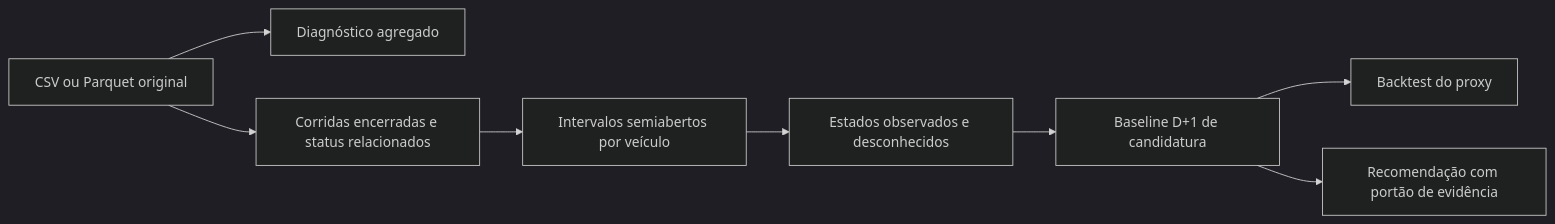
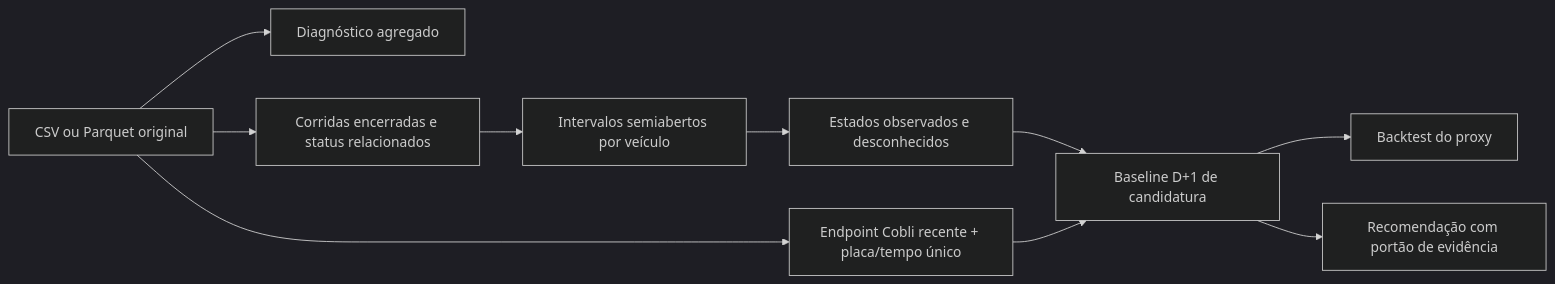
One commit to tonyzinh/tcc-otimizacao-frota changed the diagram in docs/disponibilidade.md. Above: the diagram before and after it, drawn with Mermaid (dark theme). The commit also changed other lines of this file and 27 other files, not shown here.

````diff
--- a/docs/disponibilidade.md
+++ b/docs/disponibilidade.md
@@ -9,10 +9,12 @@
 ```mermaid
 flowchart LR
   A[CSV ou Parquet original] --> B[Diagnóstico agregado]
   A --> C[Corridas encerradas e status relacionados]
   C --> D[Intervalos semiabertos por veículo]
   D --> E[Estados observados e desconhecidos]
   E --> F[Baseline D+1 de candidatura]
+  A --> L[Endpoint Cobli recente + placa/tempo único]
+  L --> F
   F --> G[Backtest do proxy]
   F --> H[Recomendação com portão de evidência]
 ```
````
